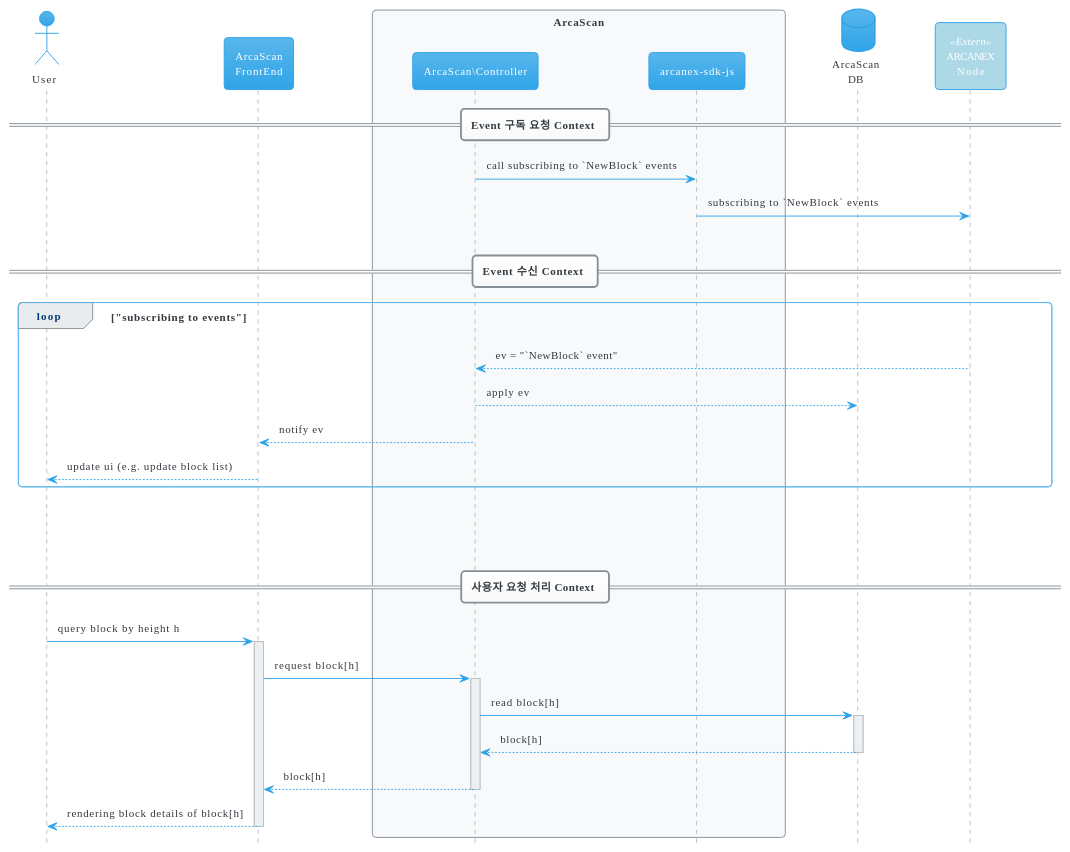
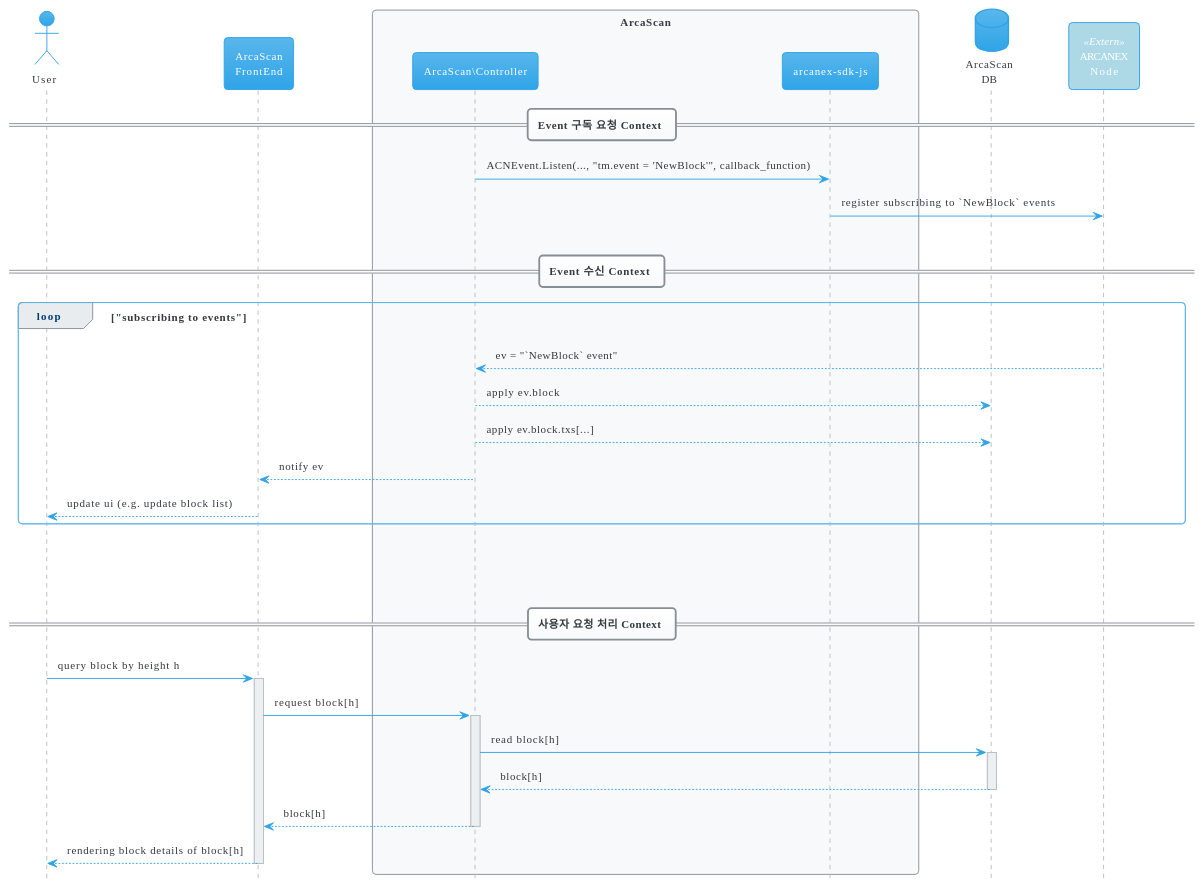
The second of 3 diagrams in documents/docs/examples/explorer/srs.md (rigochain/rigo-sdk-js), drawn with PlantUML before and after one commit. The commit also changed other lines of this file and 3 other files, not shown here.

````diff
--- a/documents/docs/examples/explorer/srs.md
+++ b/documents/docs/examples/explorer/srs.md
@@ -50,55 +76,56 @@
 ```plantuml
 @startuml
 
 !theme cerulean
 hide footbox
 skinparam ArrowThickness 1
 skinparam BackgroundColor white
 skinparam participant<<Extern>> {
   BackgroundColor lightblue
 }
 
 actor "User" as user
 
 participant "ArcaScan\nFrontEnd" as fe
 box "ArcaScan"
 participant "ArcaScan\Controller" as be
 participant "arcanex-sdk-js" as sdk
 end box
 database "ArcaScan\nDB" as db
 participant "ARCANEX\nNode" as node<<Extern>>
 
 
 == Event 구독 요청 Context ==
 
-be -> sdk: call subscribing to `NewBlock` events
-sdk -> node: subscribing to `NewBlock` events
+be -> sdk: ACNEvent.Listen(..., "tm.event = 'NewBlock'", callback_function)
+sdk -> node: register subscribing to `NewBlock` events
 
 |||
 
 == Event 수신 Context ==
 
 loop "subscribing to events"
 node --> be: ev = "`NewBlock` event"
-be --> db: apply ev
+be --> db: apply ev.block
+be --> db: apply ev.block.txs[...]
 be --> fe: notify ev
 fe --> user: update ui (e.g. update block list)
 end loop
 
 |||
 |||
 |||
 
 == 사용자 요청 처리 Context ==
 
 user -> fe: query block by height h
 activate fe
 fe -> be: request block[h]
 activate be
 be -> db: read block[h]
 activate db
 return block[h]
 return block[h]
 return rendering block details of block[h]
 @enduml
 ```
````
